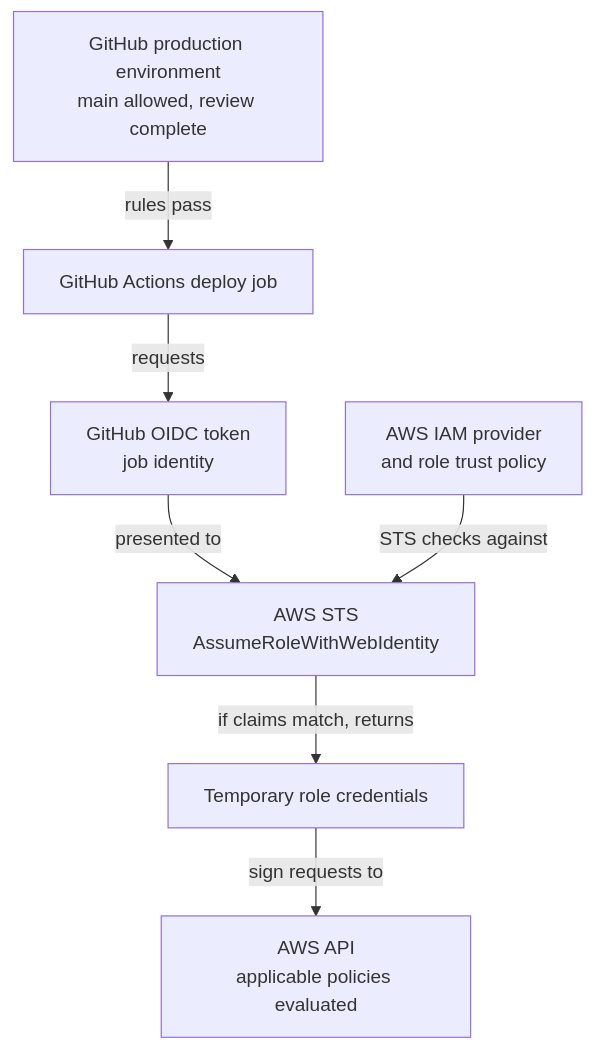
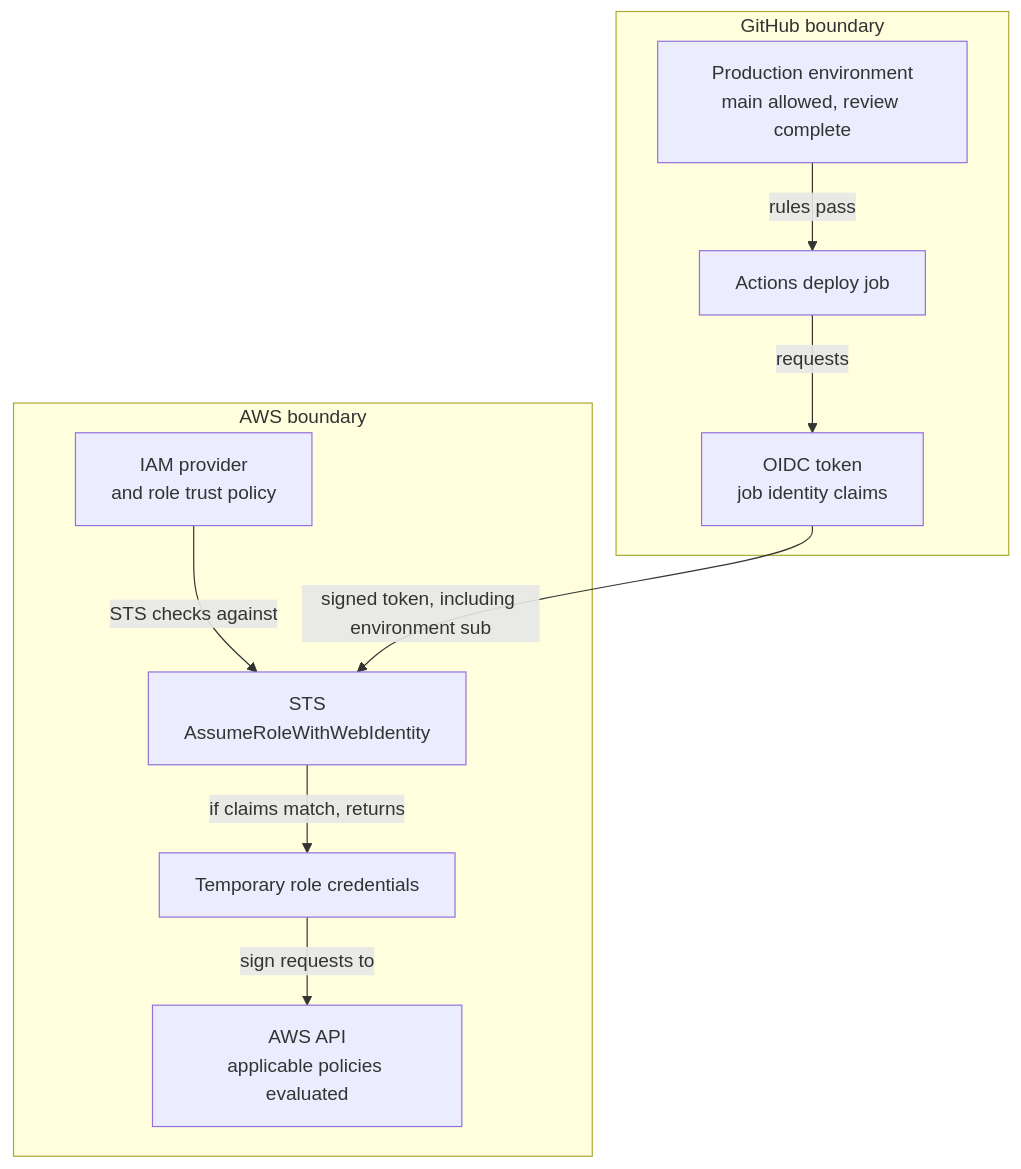
Before and after one commit to David-A18/MY-humble-knowledge-for-everyone: the diagram in knowledge/git/github-actions/aws-oidc-federation.md, drawn with Mermaid. The commit also changed other lines of this file and 7 other files, not shown here.

Commit message:
Clarify OIDC token and federation trust boundaries

````diff
--- a/knowledge/git/github-actions/aws-oidc-federation.md
+++ b/knowledge/git/github-actions/aws-oidc-federation.md
@@ -55,16 +55,20 @@
 ```mermaid
 flowchart TB
-  gate["GitHub production environment<br/>main allowed, review complete"]
-  job["GitHub Actions deploy job"]
-  token["GitHub OIDC token<br/>job identity"]
-  trust["AWS IAM provider<br/>and role trust policy"]
-  sts["AWS STS<br/>AssumeRoleWithWebIdentity"]
-  creds["Temporary role credentials"]
-  api["AWS API<br/>applicable policies evaluated"]
-  gate -- "rules pass" --> job
-  job -- "requests" --> token
-  token -- "presented to" --> sts
-  trust -- "STS checks against" --> sts
-  sts -- "if claims match, returns" --> creds
-  creds -- "sign requests to" --> api
+  subgraph github["GitHub boundary"]
+    gate["Production environment<br/>main allowed, review complete"]
+    job["Actions deploy job"]
+    token["OIDC token<br/>job identity claims"]
+    gate -- "rules pass" --> job
+    job -- "requests" --> token
+  end
+  subgraph aws["AWS boundary"]
+    trust["IAM provider<br/>and role trust policy"]
+    sts["STS<br/>AssumeRoleWithWebIdentity"]
+    creds["Temporary role credentials"]
+    api["AWS API<br/>applicable policies evaluated"]
+    trust -- "STS checks against" --> sts
+    sts -- "if claims match, returns" --> creds
+    creds -- "sign requests to" --> api
+  end
+  token -- "signed token, including environment sub" --> sts
 ```
````
